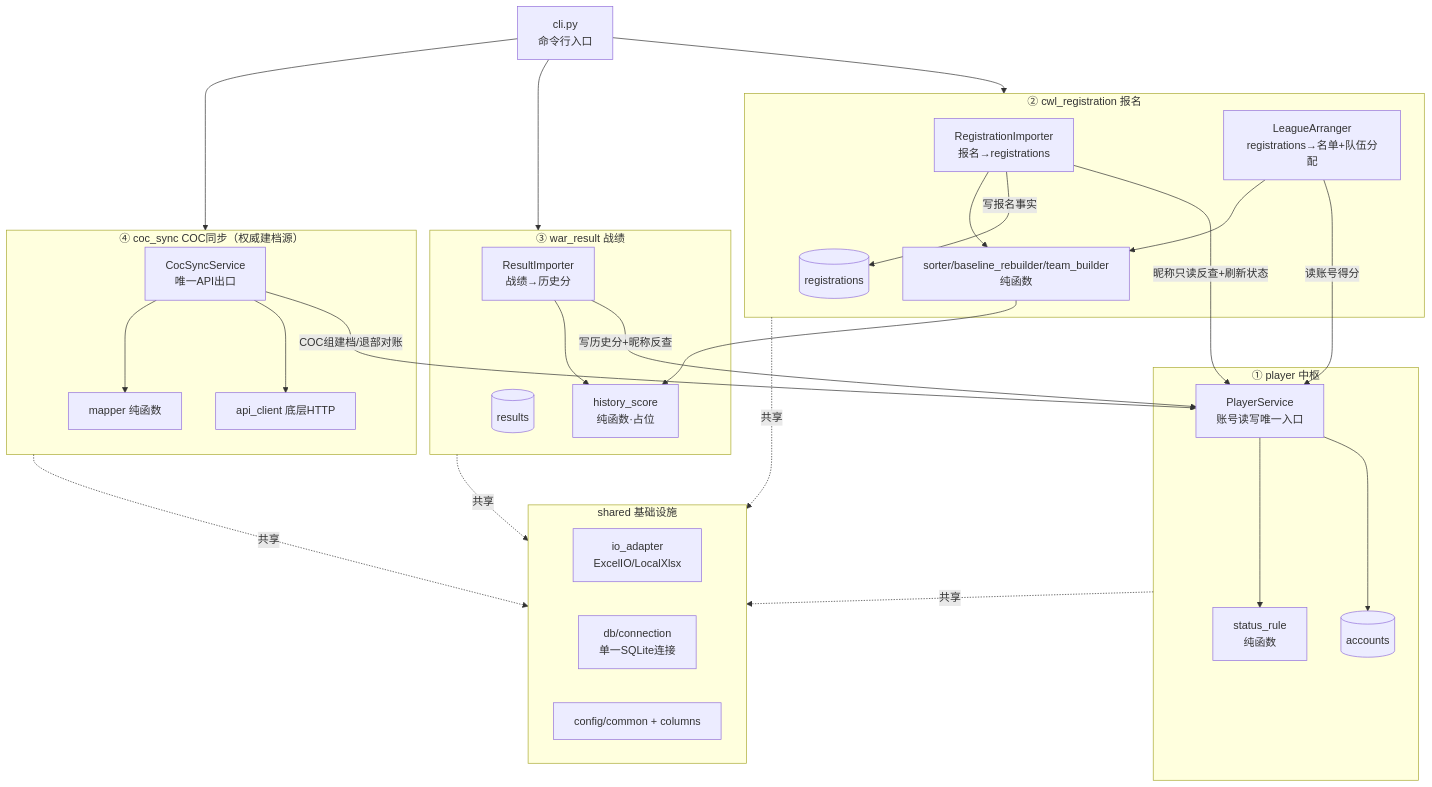
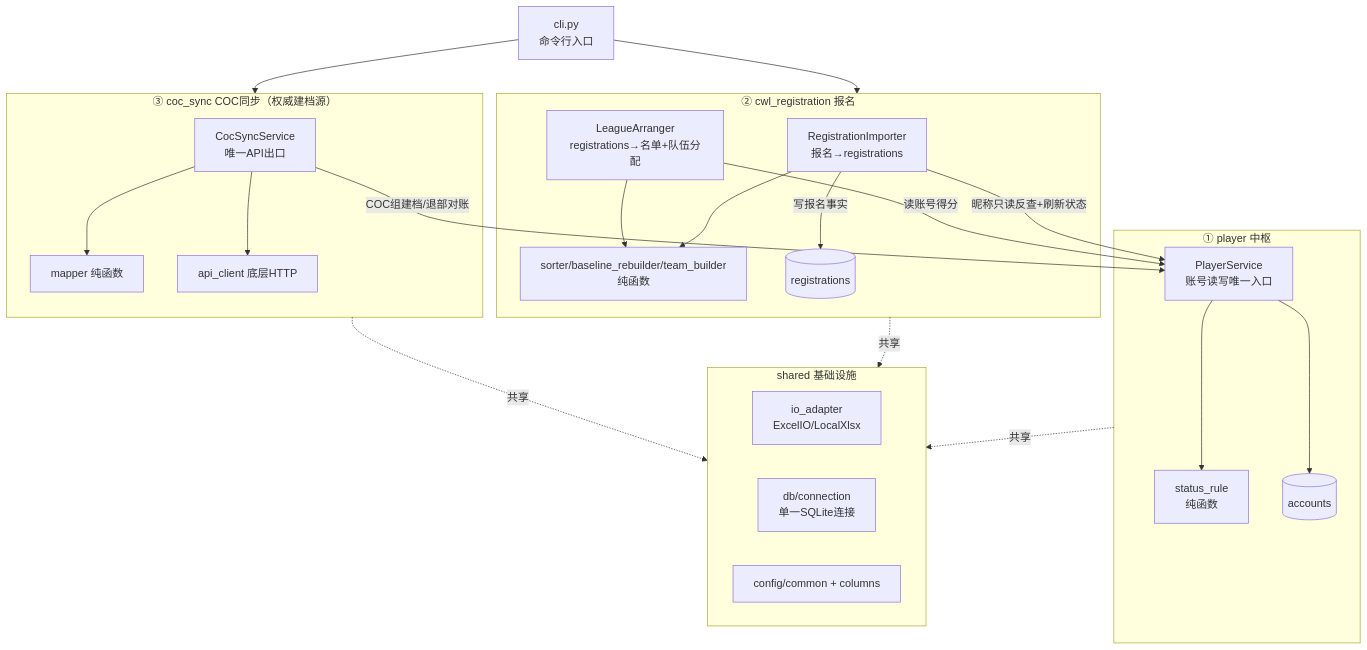
One commit to Pluto1944/sky-admin changed the first of 4 diagrams in docs/01-architecture.md. Above: the diagram before and after it, drawn with Mermaid. The commit also changed other lines of this file and 33 other files, not shown here.

````diff
--- a/docs/01-architecture.md
+++ b/docs/01-architecture.md
@@ -54,45 +54,38 @@
 ```mermaid
 flowchart TD
     CLI[cli.py<br/>命令行入口]
 
     subgraph M2["② cwl_registration 报名"]
         IMP[RegistrationImporter<br/>报名→registrations]
         ROS[LeagueArranger<br/>registrations→名单+队伍分配]
         SORT[sorter/baseline_rebuilder/team_builder<br/>纯函数]
         RR[(registrations)]
     end
-    subgraph M3["③ war_result 战绩"]
-        RES[ResultImporter<br/>战绩→历史分]
-        HS[history_score<br/>纯函数·占位]
-        RES2[(results)]
-    end
-    subgraph M4["④ coc_sync COC同步（权威建档源）"]
+    subgraph M3["③ coc_sync COC同步（权威建档源）"]
         COC[CocSyncService<br/>唯一API出口]
         MAP[mapper 纯函数]
         API4[api_client 底层HTTP]
     end
     subgraph M1["① player 中枢"]
         PSVC[PlayerService<br/>账号读写唯一入口]
         ST[status_rule<br/>纯函数]
         PR[(accounts)]
     end
     subgraph INFRA["shared 基础设施"]
         IO[io_adapter<br/>ExcelIO/LocalXlsx]
         DB[db/connection<br/>单一SQLite连接]
         CFG[config/common + columns]
     end
 
-    CLI --> M2 & M3 & M4
+    CLI --> M2 & M3
     IMP -->|昵称只读反查+刷新状态| PSVC
     IMP -->|写报名事实| RR
     ROS -->|读账号得分| PSVC
-    RES -->|写历史分+昵称反查| PSVC
     COC -->|COC组建档/退部对账| PSVC
     COC --> API4 & MAP
     IMP --> SORT
-    ROS --> SORT --> HS
-    RES --> HS
+    ROS --> SORT
     PSVC --> PR & ST
-    M2 & M3 & M4 -.共享.-> INFRA
+    M2 & M3 -.共享.-> INFRA
     M1 -.共享.-> INFRA
 ```
````
